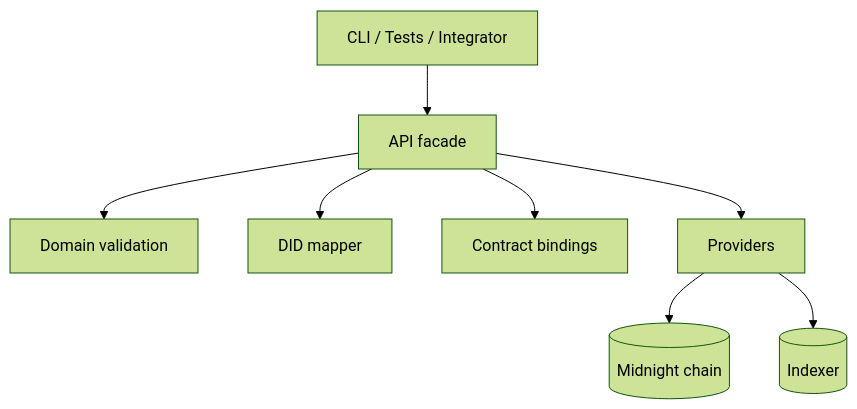
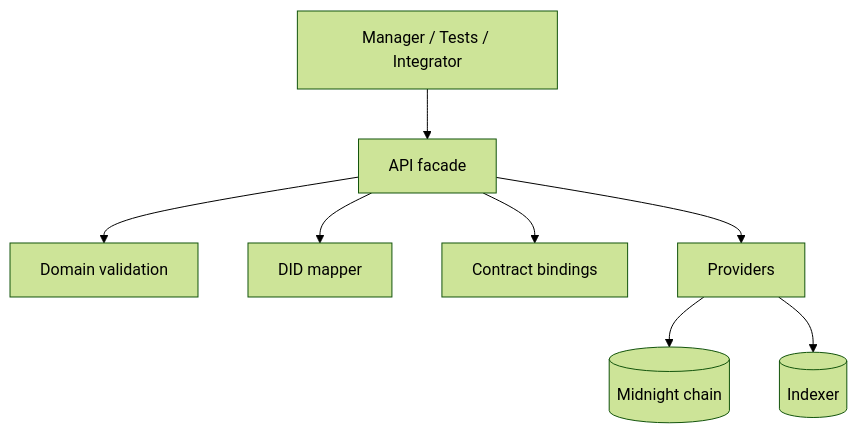
The first of 2 diagrams in api/README.md (midnightntwrk/midnight-did), drawn with Mermaid (forest theme) before and after one commit. The commit also changed other lines of this file and 70 other files, not shown here.

````diff
--- a/api/README.md
+++ b/api/README.md
@@ -21,19 +21,19 @@
 ```mermaid
 graph TD
-  App[CLI / Tests / Integrator]
+  App[Manager / Tests / Integrator]
   API[API facade]
   Domain[Domain validation]
   DidPkg[DID mapper]
   Contract[Contract bindings]
   Providers[Providers]
   Chain[(Midnight chain)]
   Indexer[(Indexer)]
 
   App --> API
   API --> Domain
   API --> DidPkg
   API --> Contract
   API --> Providers
   Providers --> Chain
   Providers --> Indexer
 ```
````
